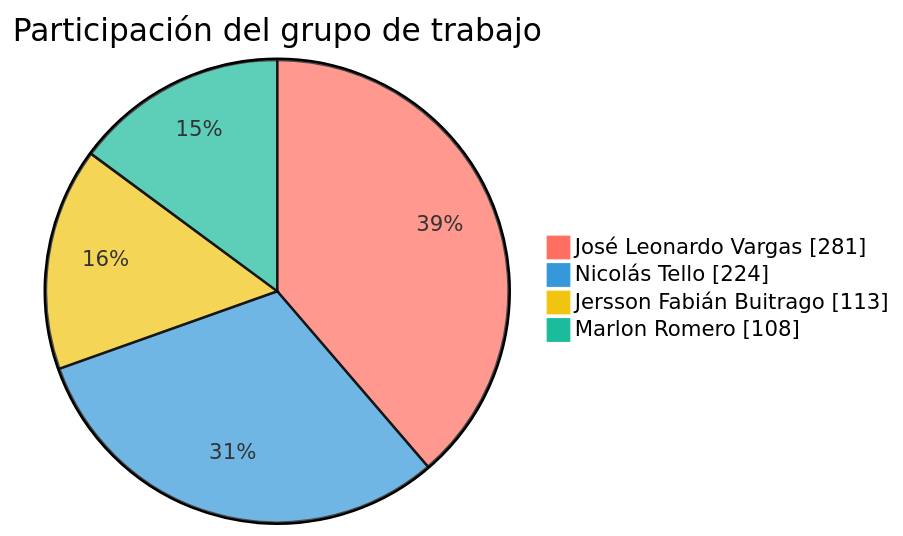
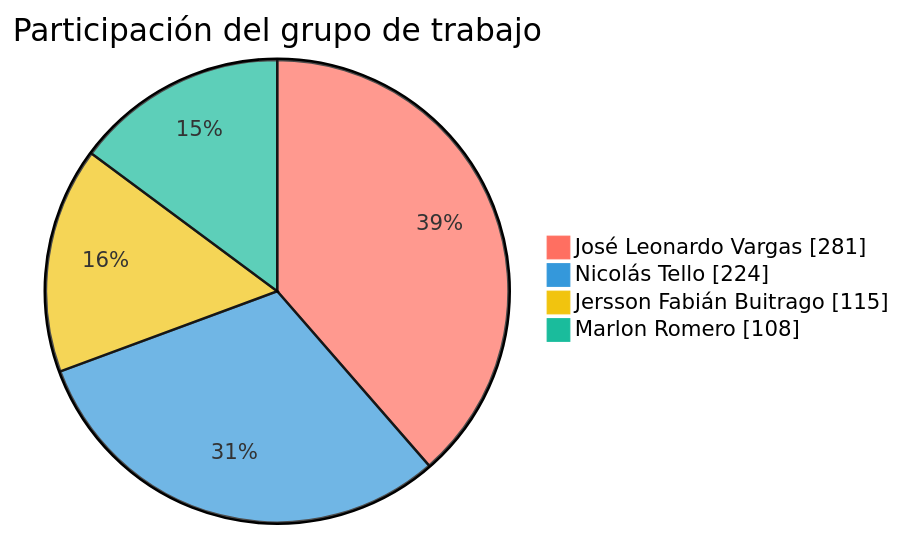
One commit to FarmaExpres/FarmaExpres changed the first of 2 diagrams in README.md. Above: the diagram before and after it, drawn with Mermaid. The commit also changed other lines of this file and 1 other file, not shown here.

````diff
--- a/README.md
+++ b/README.md
@@ -391,9 +391,9 @@
 ```mermaid
 %%{init: {"themeVariables": {"pie1": "#ff6f61", "pie2": "#3498db", "pie3": "#f1c40f", "pie4": "#1abc9c", "pieLabelColor": "#000000", "pieLabelFontSize": "24px", "pieLabelFontWeight": "700"}}}%%
 pie showData
     title Participación del grupo de trabajo
     "José Leonardo Vargas" : 281
     "Nicolás Tello" : 224
-    "Jersson Fabián Buitrago" : 113
+    "Jersson Fabián Buitrago" : 115
     "Marlon Romero" : 108
 ```
````
